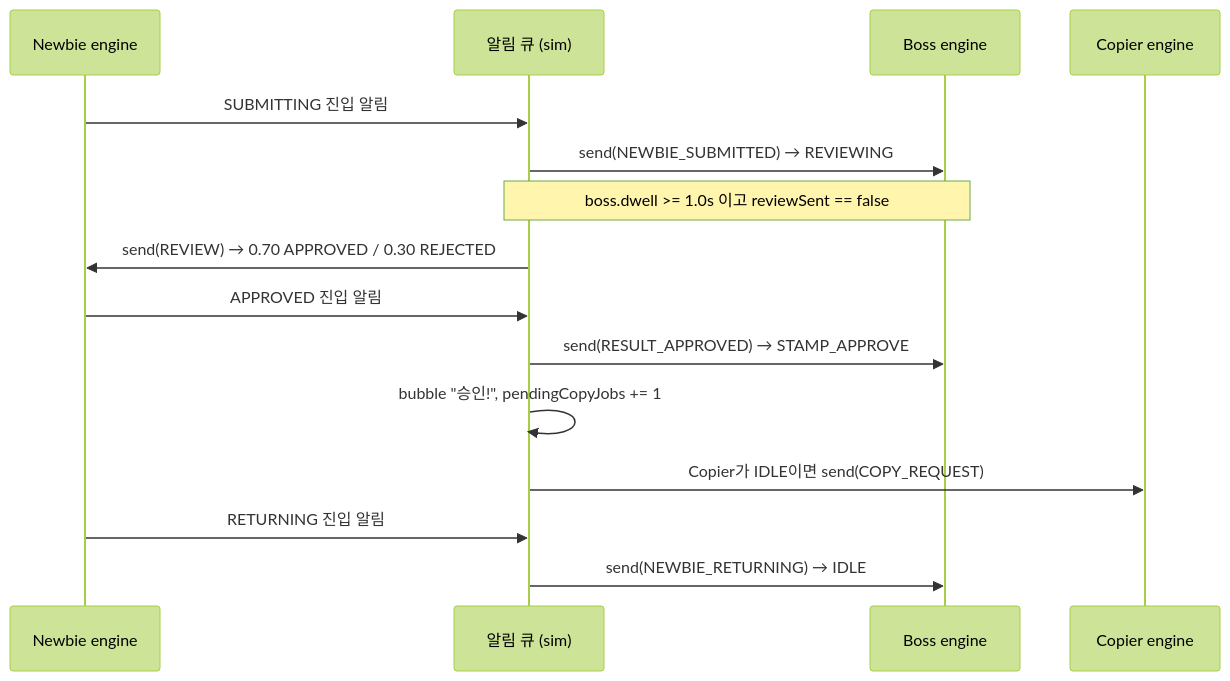
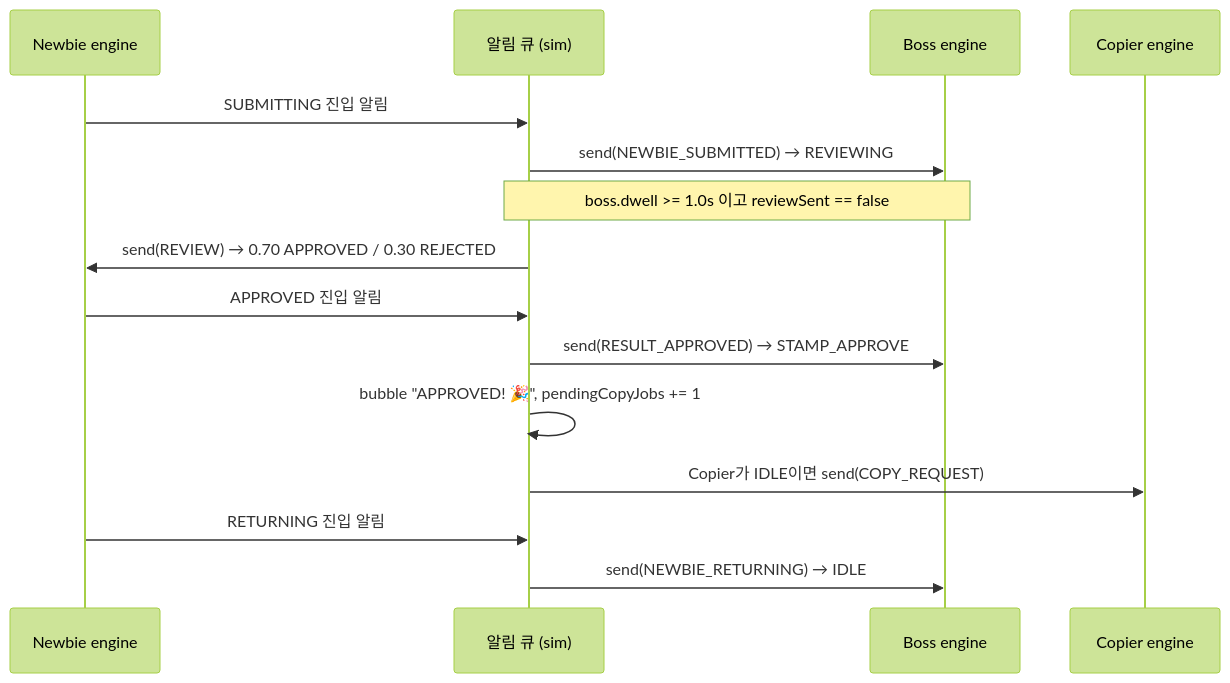
One commit to Lainholic/kiroween-chrono-fsm changed the third of 7 diagrams in .kiro/specs/park-exe/design.md. Above: the diagram before and after it, drawn with Mermaid (forest theme). The commit also changed other lines of this file and 9 other files, not shown here.

````diff
--- a/.kiro/specs/park-exe/design.md
+++ b/.kiro/specs/park-exe/design.md
@@ -137,17 +137,17 @@
 ```mermaid
 sequenceDiagram
   participant N as Newbie engine
   participant Q as 알림 큐 (sim)
   participant B as Boss engine
   participant C as Copier engine
   N->>Q: SUBMITTING 진입 알림
   Q->>B: send(NEWBIE_SUBMITTED) → REVIEWING
   Note over Q,B: boss.dwell >= 1.0s 이고 reviewSent == false
   Q->>N: send(REVIEW) → 0.70 APPROVED / 0.30 REJECTED
   N->>Q: APPROVED 진입 알림
   Q->>B: send(RESULT_APPROVED) → STAMP_APPROVE
-  Q->>Q: bubble "승인!", pendingCopyJobs += 1
+  Q->>Q: bubble "APPROVED! 🎉", pendingCopyJobs += 1
   Q->>C: Copier가 IDLE이면 send(COPY_REQUEST)
   N->>Q: RETURNING 진입 알림
   Q->>B: send(NEWBIE_RETURNING) → IDLE
 ```
````
